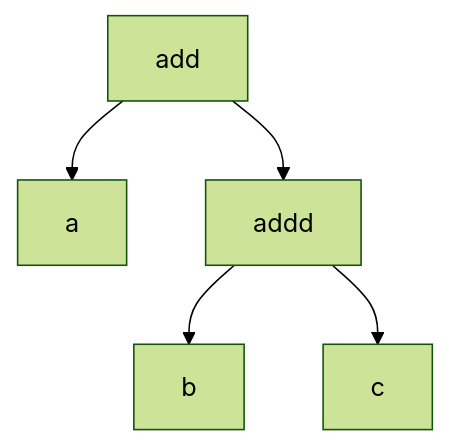
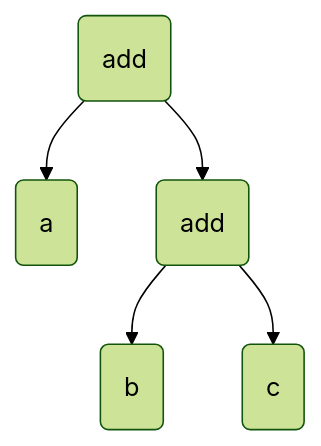
Before and after one commit to pengvyn/kavpix-code: the sixth of 35 diagrams in src/essays/number-tree/essay.md, drawn with Mermaid (forest theme). The commit also changed other lines of this file and 1 other file, not shown here.

````diff
--- a/src/essays/number-tree/essay.md
+++ b/src/essays/number-tree/essay.md
@@ -61,7 +64,7 @@
 ```mermaid
     graph TD;
-        add --> a;
-        add --> addd;
-        addd --> b;
-        addd --> c;
+        add(add) --> a(a);
+        add(add) --> add2(add);
+        add2 --> b(b);
+        add2 --> c(c);
 ```
````
